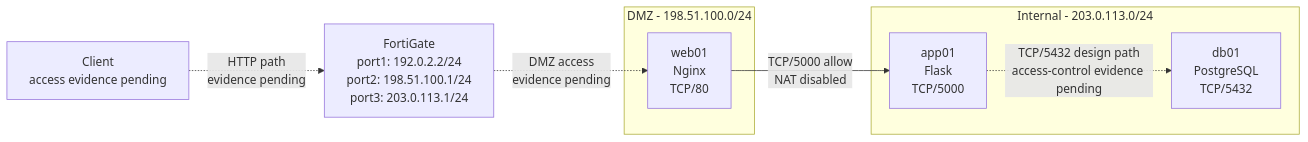
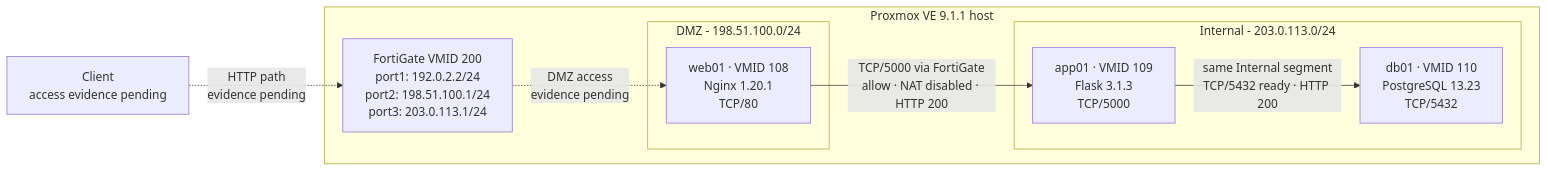
One commit to Kazuki-S-0627/proxmox-3tier-lab changed the diagram in docs/architecture.md. Above: the diagram before and after it, drawn with Mermaid. The commit also changed other lines of this file and 14 other files, not shown here.

````diff
--- a/docs/architecture.md
+++ b/docs/architecture.md
@@ -5,19 +5,21 @@
 ```mermaid
 flowchart LR
     Client["Client\naccess evidence pending"]
-    FW["FortiGate\nport1: 192.0.2.2/24\nport2: 198.51.100.1/24\nport3: 203.0.113.1/24"]
+    subgraph PVE[Proxmox VE 9.1.1 host]
+        FW["FortiGate VMID 200\nport1: 192.0.2.2/24\nport2: 198.51.100.1/24\nport3: 203.0.113.1/24"]
 
-    subgraph DMZ[DMZ - 198.51.100.0/24]
-        Web["web01\nNginx\nTCP/80"]
-    end
+        subgraph DMZ[DMZ - 198.51.100.0/24]
+            Web["web01 · VMID 108\nNginx 1.20.1\nTCP/80"]
+        end
 
-    subgraph Internal[Internal - 203.0.113.0/24]
-        App["app01\nFlask\nTCP/5000"]
-        DB["db01\nPostgreSQL\nTCP/5432"]
+        subgraph Internal[Internal - 203.0.113.0/24]
+            App["app01 · VMID 109\nFlask 3.1.3\nTCP/5000"]
+            DB["db01 · VMID 110\nPostgreSQL 13.23\nTCP/5432"]
+        end
     end
 
     Client -. "HTTP path\nevidence pending" .-> FW
     FW -. "DMZ access\nevidence pending" .-> Web
-    Web -->|"TCP/5000 allow\nNAT disabled"| App
-    App -. "TCP/5432 design path\naccess-control evidence pending" .-> DB
+    Web -->|"TCP/5000 via FortiGate\nallow · NAT disabled · HTTP 200"| App
+    App -->|"same Internal segment\nTCP/5432 ready · HTTP 200"| DB
 ```
````
